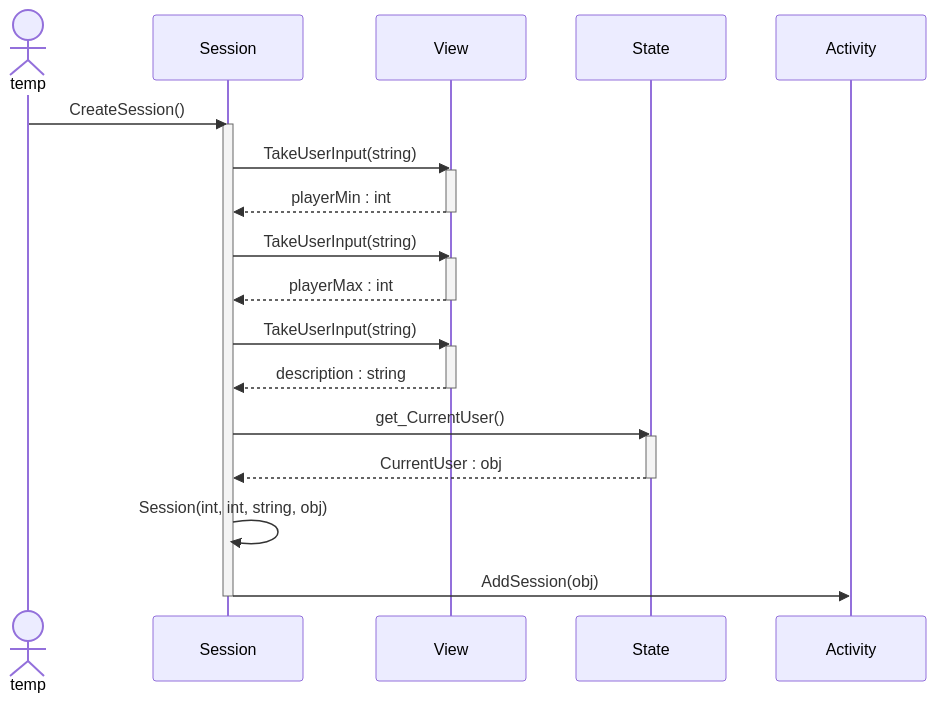
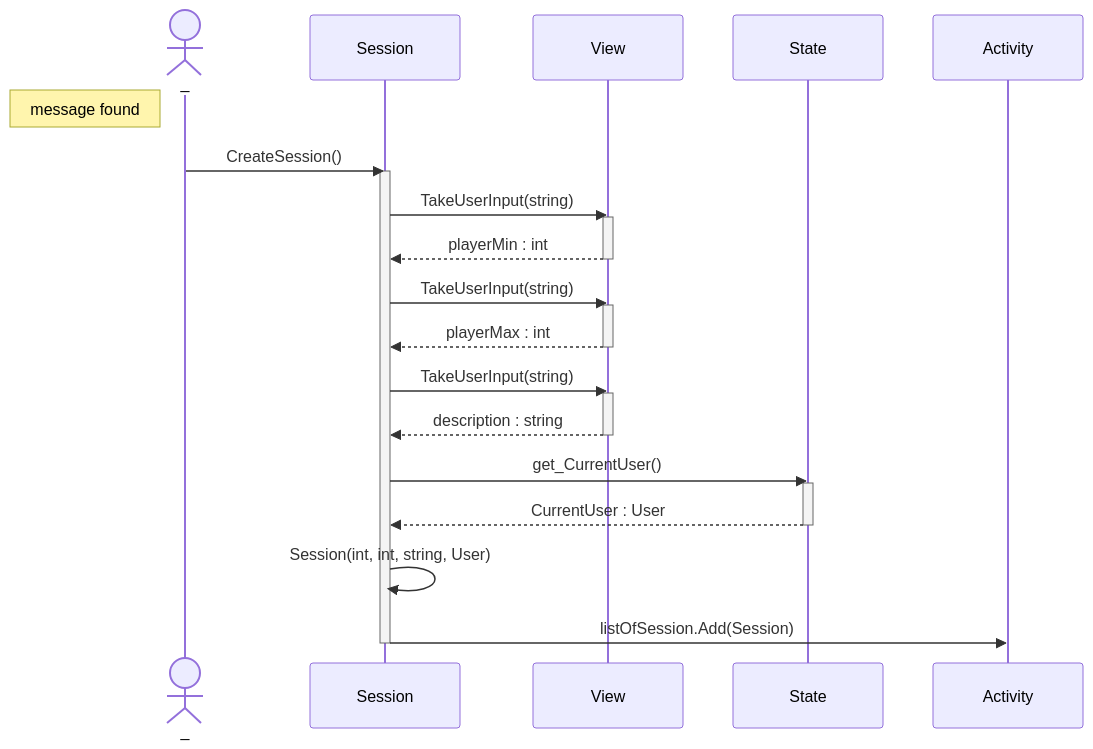
Before and after one commit to MatiasHeiberg/1.semesterprojekt: the third of 3 diagrams in 02 notes/Sekvensdiagram.md, drawn with Mermaid. The commit also changed 1 other file, not shown here.

Commit message:
Klassediagram version 4

````diff
--- a/02 notes/Sekvensdiagram.md
+++ b/02 notes/Sekvensdiagram.md
@@ -68,32 +68,33 @@
 ```mermaid
 sequenceDiagram
 
-actor temp
+Actor _
+Note left of _: message found
 participant Session
 participant View
 participant State
 participant Activity
 
-temp->>Session: CreateSession()
+_->>Session: CreateSession()
 activate Session
 Session->>View: TakeUserInput(string)
 activate View
 View-->>Session: playerMin : int 
 deactivate View
 Session->>View: TakeUserInput(string)
 activate View
 View-->>Session:  playerMax : int 
 deactivate View
-Session->>View: TakeUserInput(string)
+	Session->>View: TakeUserInput(string)
 activate View
 View-->>Session: description : string 
 deactivate View
 Session->>State: get_CurrentUser()
 activate State
-State-->>Session: CurrentUser : obj
+State-->>Session: CurrentUser : User
 deactivate State
-Session->>Session: Session(int, int, string, obj)
-Session->>Activity: AddSession(obj)
+Session->>Session: Session(int, int, string, User)
+Session->>Activity: listOfSession.Add(Session)
 
 deactivate Session
 ```
````
